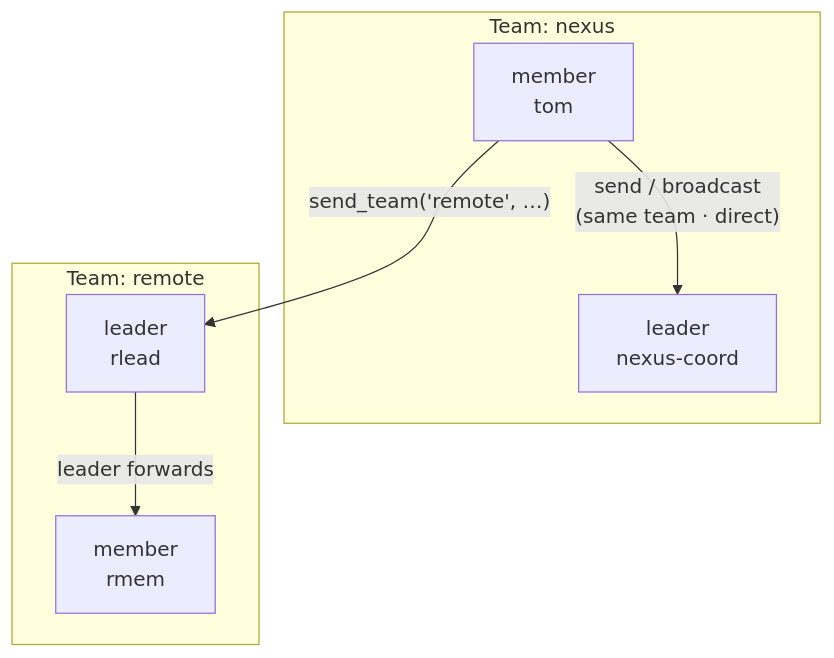
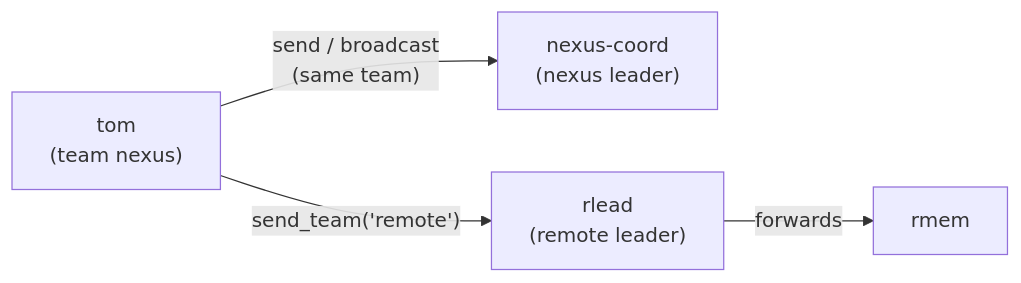
The fourth of 4 diagrams in README.md (itsnotyoutoday/cc2cc), drawn with Mermaid before and after one commit. The commit also changed other lines of this file, not shown here.

First line of the commit message:
docs(README): simplify mermaid diagrams — split dense diagrams, move bridge locations to a table

````diff
--- a/README.md
+++ b/README.md
@@ -242,14 +229,5 @@
 ```mermaid
-flowchart TD
-  subgraph nexus["Team: nexus"]
-    L1["leader<br/>nexus-coord"]
-    M1["member<br/>tom"]
-  end
-  subgraph remote["Team: remote"]
-    L2["leader<br/>rlead"]
-    M2["member<br/>rmem"]
-  end
-  M1 -- "send / broadcast<br/>(same team · direct)" --> L1
-  M1 -- "send_team('remote', …)" --> L2
-  L2 -- "leader forwards" --> M2
+flowchart LR
+  M1["tom<br/>(team nexus)"] -- "send / broadcast<br/>(same team)" --> L1["nexus-coord<br/>(nexus leader)"]
+  M1 -- "send_team('remote')" --> L2["rlead<br/>(remote leader)"] -- forwards --> M2["rmem"]
 ```
````
